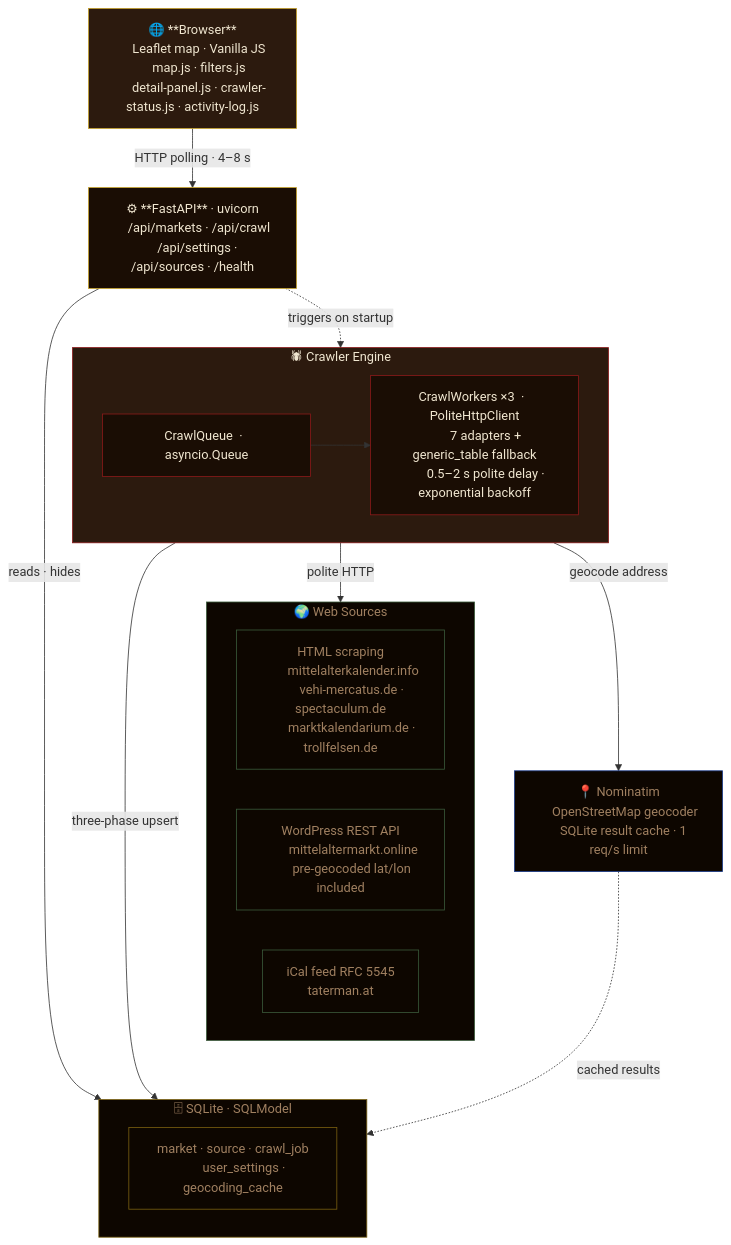
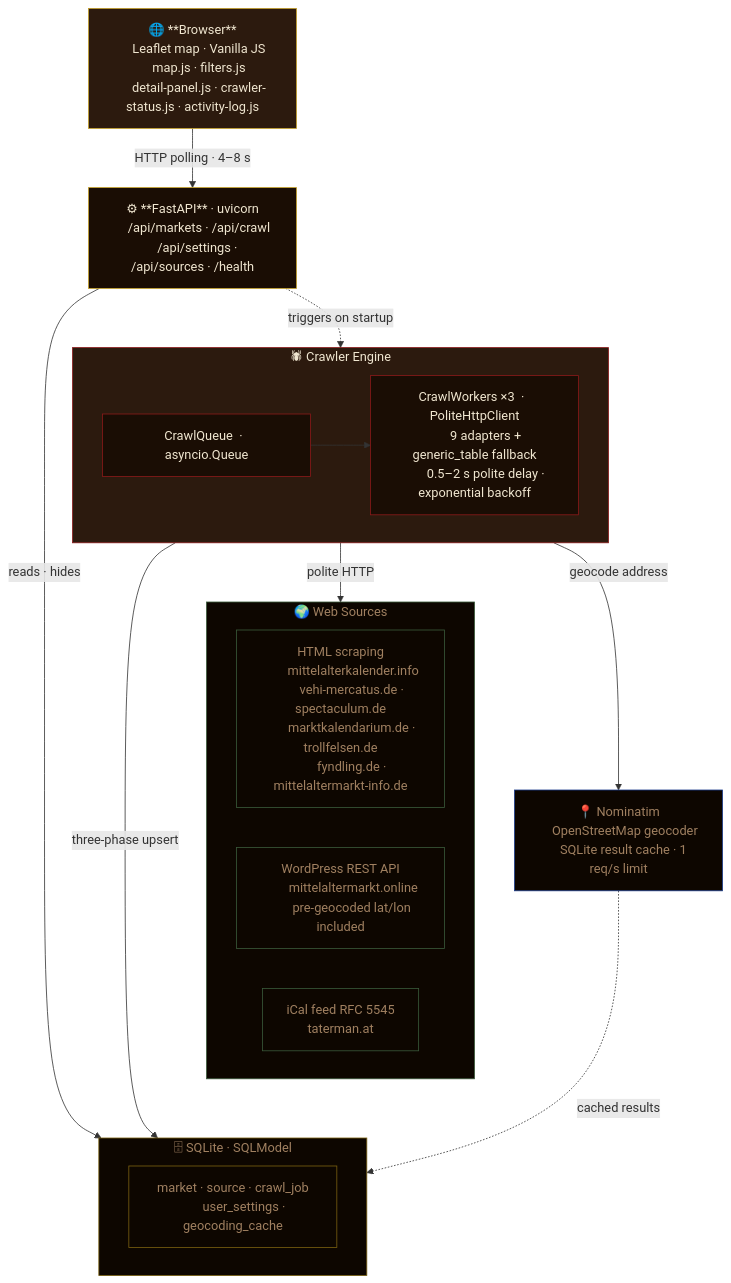
One commit to marcelpetrick/RitterRadar changed the diagram in README.md. Above: the diagram before and after it, drawn with Mermaid. The commit also changed other lines of this file and 4 other files, not shown here.

````diff
--- a/README.md
+++ b/README.md
@@ -448,61 +448,62 @@
 ```mermaid
 flowchart TB
     Browser["🌐 **Browser**
     Leaflet map · Vanilla JS
     map.js · filters.js
     detail-panel.js · crawler-status.js · activity-log.js"]
 
     FastAPI["⚙ **FastAPI** · uvicorn
     /api/markets · /api/crawl
     /api/settings · /api/sources · /health"]
 
     subgraph DB["🗄 SQLite · SQLModel"]
         Tables["market · source · crawl_job
         user_settings · geocoding_cache"]
     end
 
     subgraph Engine["🕷 Crawler Engine"]
         Queue["CrawlQueue  ·  asyncio.Queue"]
         Workers["CrawlWorkers ×3  ·  PoliteHttpClient
-        7 adapters + generic_table fallback
+        9 adapters + generic_table fallback
         0.5–2 s polite delay · exponential backoff"]
         Queue --> Workers
     end
 
     subgraph Sources["🌍 Web Sources"]
         HTML["HTML scraping
         mittelalterkalender.info
         vehi-mercatus.de · spectaculum.de
-        marktkalendarium.de · trollfelsen.de"]
+        marktkalendarium.de · trollfelsen.de
+        fyndling.de · mittelaltermarkt-info.de"]
         REST["WordPress REST API
         mittelaltermarkt.online
         pre-geocoded lat/lon included"]
         ICAL["iCal feed  RFC 5545
         taterman.at"]
     end
 
     Nominatim["📍 Nominatim
     OpenStreetMap geocoder
     SQLite result cache · 1 req/s limit"]
 
     Browser    -->|"HTTP polling · 4–8 s"| FastAPI
     FastAPI    -->|"reads · hides"| DB
     FastAPI    -.->|"triggers on startup"| Engine
     Engine     -->|"three-phase upsert"| DB
     Engine     -->|"polite HTTP"| Sources
     Engine     -->|"geocode address"| Nominatim
     Nominatim  -.->|"cached results"| DB
 
     style Browser   fill:#2c1a0e,stroke:#c5a028,color:#f0e6d0
     style FastAPI   fill:#1a0d04,stroke:#c5a028,color:#f0e6d0
     style DB        fill:#0d0600,stroke:#7a6010,color:#a08060
     style Engine    fill:#2c1a0e,stroke:#8b1a1a,color:#f0e6d0
     style Sources   fill:#0d0600,stroke:#3a5a3a,color:#a08060
     style Nominatim fill:#0d0600,stroke:#1a3a8b,color:#a08060
     style Queue     fill:#1a0d04,stroke:#8b1a1a,color:#f0e6d0
     style Workers   fill:#1a0d04,stroke:#8b1a1a,color:#f0e6d0
     style Tables    fill:#0d0600,stroke:#7a6010,color:#a08060
     style HTML      fill:#0d0600,stroke:#3a5a3a,color:#a08060
     style REST      fill:#0d0600,stroke:#3a5a3a,color:#a08060
     style ICAL      fill:#0d0600,stroke:#3a5a3a,color:#a08060
 ```
````
